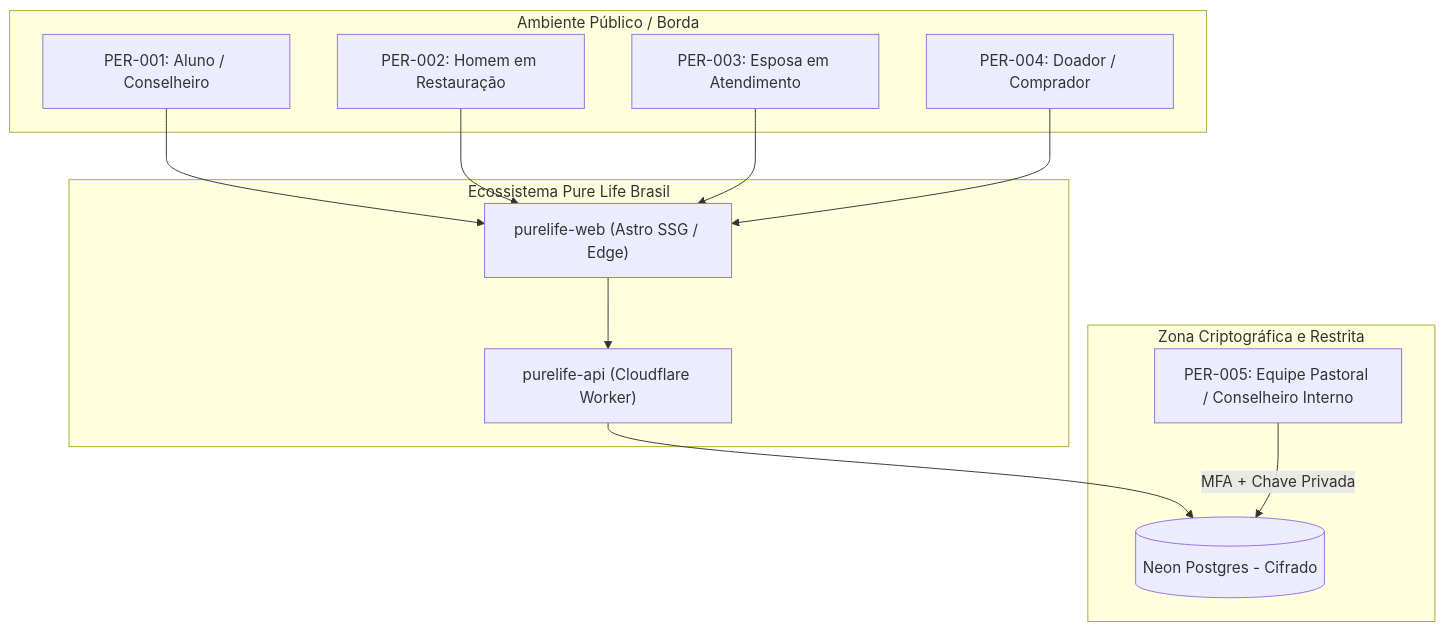
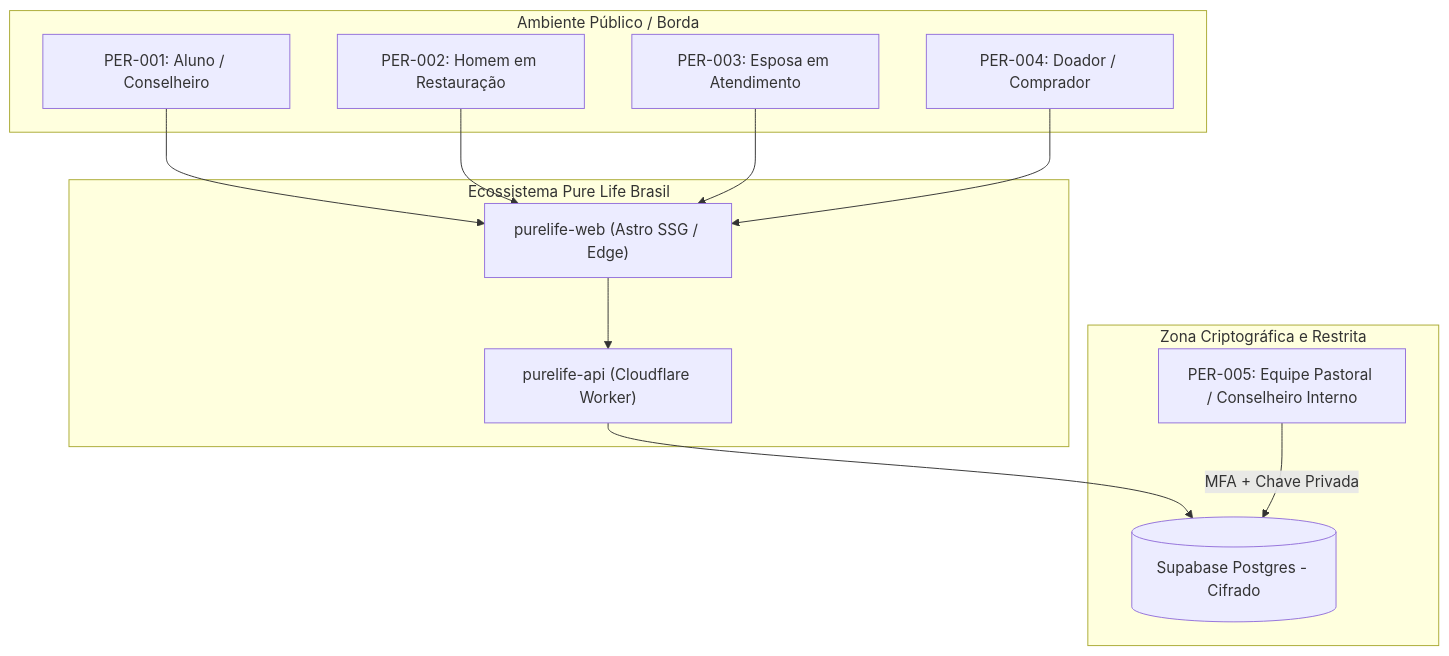
One commit to purelifeministriesbrasil/documentation changed the first of 3 diagrams in docs/requirements/especificacao-requisitos-ecossistema.md. Above: the diagram before and after it, drawn with Mermaid. The commit also changed other lines of this file and 5 other files, not shown here.

````diff
--- a/docs/requirements/especificacao-requisitos-ecossistema.md
+++ b/docs/requirements/especificacao-requisitos-ecossistema.md
@@ -37,27 +34,27 @@
 ```mermaid
 flowchart TD
     subgraph Publico["Ambiente Público / Borda"]
         P1["PER-001: Aluno / Conselheiro"]
         P2["PER-002: Homem em Restauração"]
         P3["PER-003: Esposa em Atendimento"]
         P4["PER-004: Doador / Comprador"]
     end
 
     subgraph Plataforma["Ecossistema Pure Life Brasil"]
         W1["purelife-web (Astro SSG / Edge)"]
         API["purelife-api (Cloudflare Worker)"]
     end
 
     subgraph Seguro["Zona Criptográfica e Restrita"]
         P5["PER-005: Equipe Pastoral / Conselheiro Interno"]
-        DB[(Neon Postgres - Cifrado)]
+        DB[(Supabase Postgres - Cifrado)]
     end
 
     P1 --> W1
     P2 --> W1
     P3 --> W1
     P4 --> W1
     W1 --> API
     API --> DB
     P5 -->|MFA + Chave Privada| DB
 ```
````
